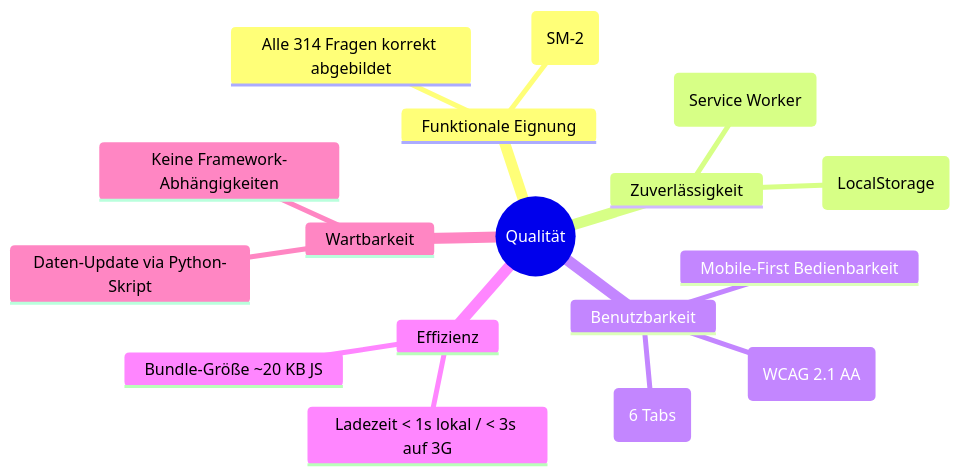
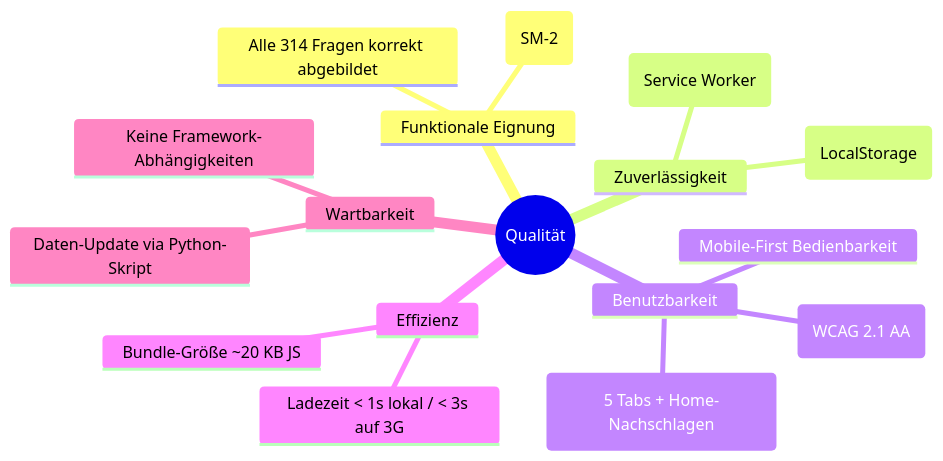
Before and after one commit to OliEder/dbb-regelkunde: the ninth of 9 diagrams in docs/arc42.md, drawn with Mermaid. The commit also changed other lines of this file and 3 other files, not shown here.

````diff
--- a/docs/arc42.md
+++ b/docs/arc42.md
@@ -407,20 +453,20 @@
 ```mermaid
 mindmap
   root((Qualität))
     Funktionale Eignung
       Alle 314 Fragen korrekt abgebildet
       Lernfortschritt korrekt berechnet (SM-2)
     Zuverlässigkeit
       Offline-Verfügbarkeit (Service Worker)
       Datenpersistenz (LocalStorage)
     Benutzbarkeit
       Barrierefreiheit (WCAG 2.1 AA)
       Mobile-First Bedienbarkeit
-      Intuitive Navigation (6 Tabs)
+      Intuitive Navigation (5 Tabs + Home-Nachschlagen)
     Effizienz
       Ladezeit < 1s lokal / < 3s auf 3G
       Bundle-Größe ~20 KB JS
     Wartbarkeit
       Daten-Update via Python-Skript
       Keine Framework-Abhängigkeiten
 ```
````
